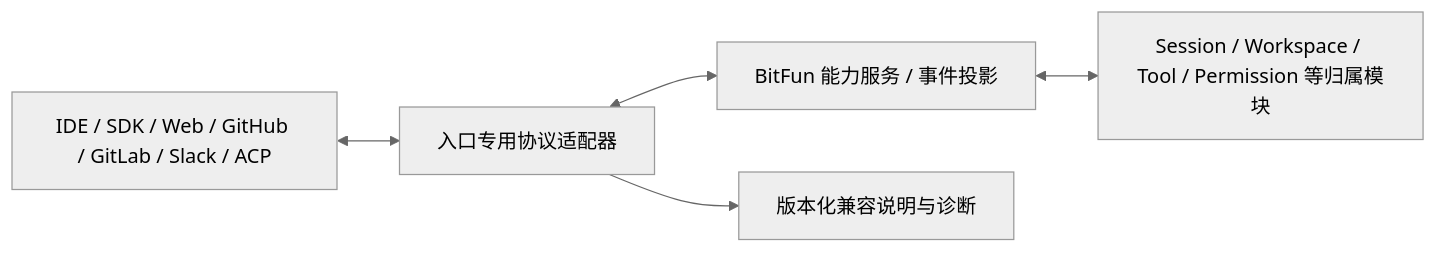
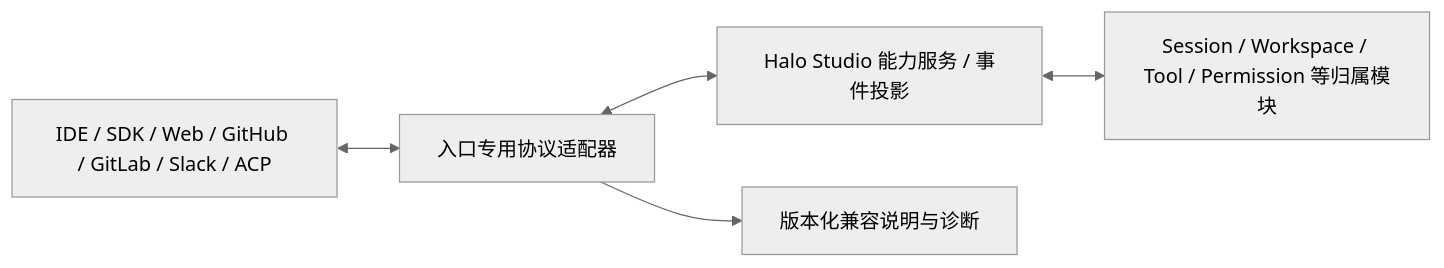
The diagram in product/Halo Studio/docs/architecture/extensions/opencode-external-integration-adapter-design.md (Nyzeep/Halo-Studio), drawn with Mermaid (neutral theme) before and after one commit. The commit also changed other lines of this file and 259 other files, not shown here.

Commit message:
文档：活动文档与历史证据去 BitFun 化并统一上游对照标注

````diff
--- a/product/Halo Studio/docs/architecture/extensions/opencode-external-integration-adapter-design.md
+++ b/product/Halo Studio/docs/architecture/extensions/opencode-external-integration-adapter-design.md
@@ -39,13 +39,13 @@
 ```mermaid
 flowchart LR
   Client["IDE / SDK / Web / GitHub / GitLab / Slack / ACP"]
   Protocol["入口专用协议适配器"]
-  Transport["BitFun 能力服务 / 事件投影"]
+  Transport["Halo Studio 能力服务 / 事件投影"]
   Owners["Session / Workspace / Tool / Permission 等归属模块"]
   Compat["版本化兼容说明与诊断"]
 
   Client <--> Protocol
   Protocol <--> Transport
   Transport <--> Owners
   Protocol --> Compat
 ```
````
